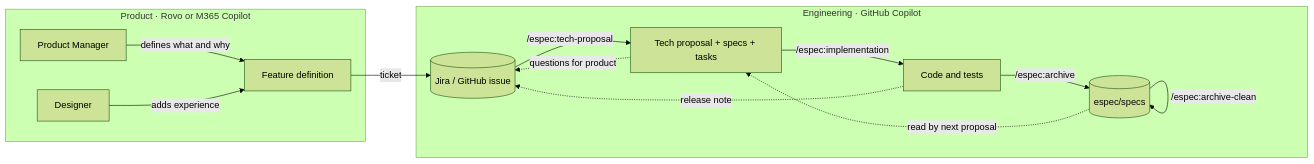
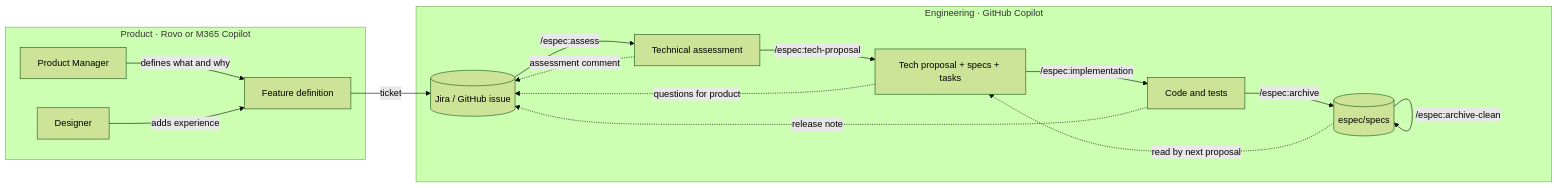
The diagram in README.md (Mindera/Enterprise-Spec-Driven-Development), drawn with Mermaid (forest theme) before and after one commit. The commit also changed other lines of this file and 13 other files, not shown here.

First line of the commit message:
Add /espec:assess, a read-only technical assessment before the tech proposal

````diff
--- a/README.md
+++ b/README.md
@@ -140,17 +155,19 @@
 ```mermaid
 flowchart LR
   subgraph product [Product · Rovo or M365 Copilot]
     PM[Product Manager] -->|defines what and why| FD[Feature definition]
     DS[Designer] -->|adds experience| FD
   end
   FD -->|ticket| T[(Jira / GitHub issue)]
   subgraph eng [Engineering · GitHub Copilot]
-    T -->|/espec:tech-proposal| TP[Tech proposal + specs + tasks]
+    T -->|/espec:assess| AS[Technical assessment]
+    AS -->|/espec:tech-proposal| TP[Tech proposal + specs + tasks]
     TP -->|/espec:implementation| CODE[Code and tests]
     CODE -->|/espec:archive| SPECS[(espec/specs)]
     SPECS -.->|read by next proposal| TP
     SPECS -->|/espec:archive-clean| SPECS
   end
+  AS -.->|assessment comment| T
   TP -.->|questions for product| T
   CODE -.->|release note| T
 ```
````
